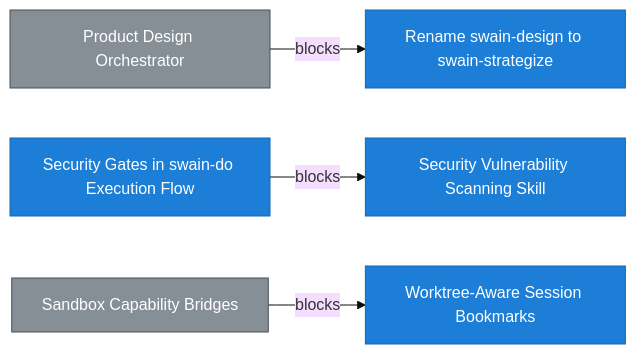
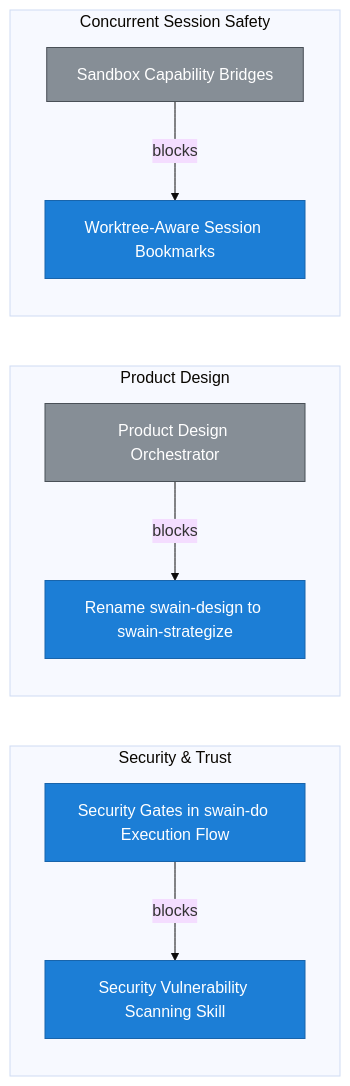
The second of 2 diagrams in ROADMAP.md (cristoslc/swain), drawn with Mermaid (base theme) before and after one commit. The commit also changed 3 other files, not shown here.

First line of the commit message:
feat(specgraph): SPEC-112 initiative subgraphs in dependency graph

````diff
--- a/ROADMAP.md
+++ b/ROADMAP.md
@@ -93,16 +93,22 @@
 ```mermaid
 graph LR
     classDef doFirst fill:#e03131,stroke:#c92a2a,color:#fff
     classDef scheduled fill:#f59f00,stroke:#e67700,color:#000
     classDef inProgress fill:#1c7ed6,stroke:#1864ab,color:#fff
     classDef backlog fill:#868e96,stroke:#495057,color:#fff
-    EPIC_016["Worktree-Aware Session Bookmarks"]:::inProgress
-    EPIC_017["Security Vulnerability Scanning Skill"]:::inProgress
-    EPIC_019["Rename swain-design to swain-strategize"]:::inProgress
-    EPIC_021["Product Design Orchestrator"]:::backlog
-    EPIC_023["Security Gates in swain-do Execution Flow"]:::inProgress
-    EPIC_036["Sandbox Capability Bridges"]:::backlog
+    subgraph INITIATIVE_004["Security & Trust"]
+        EPIC_017["Security Vulnerability Scanning Skill"]:::inProgress
+        EPIC_023["Security Gates in swain-do Execution Flow"]:::inProgress
+    end
+    subgraph INITIATIVE_007["Product Design"]
+        EPIC_019["Rename swain-design to swain-strategize"]:::inProgress
+        EPIC_021["Product Design Orchestrator"]:::backlog
+    end
+    subgraph INITIATIVE_013["Concurrent Session Safety"]
+        EPIC_016["Worktree-Aware Session Bookmarks"]:::inProgress
+        EPIC_036["Sandbox Capability Bridges"]:::backlog
+    end
     EPIC_021 -->|blocks| EPIC_019
     EPIC_023 -->|blocks| EPIC_017
     EPIC_036 -->|blocks| EPIC_016
 ```
````
